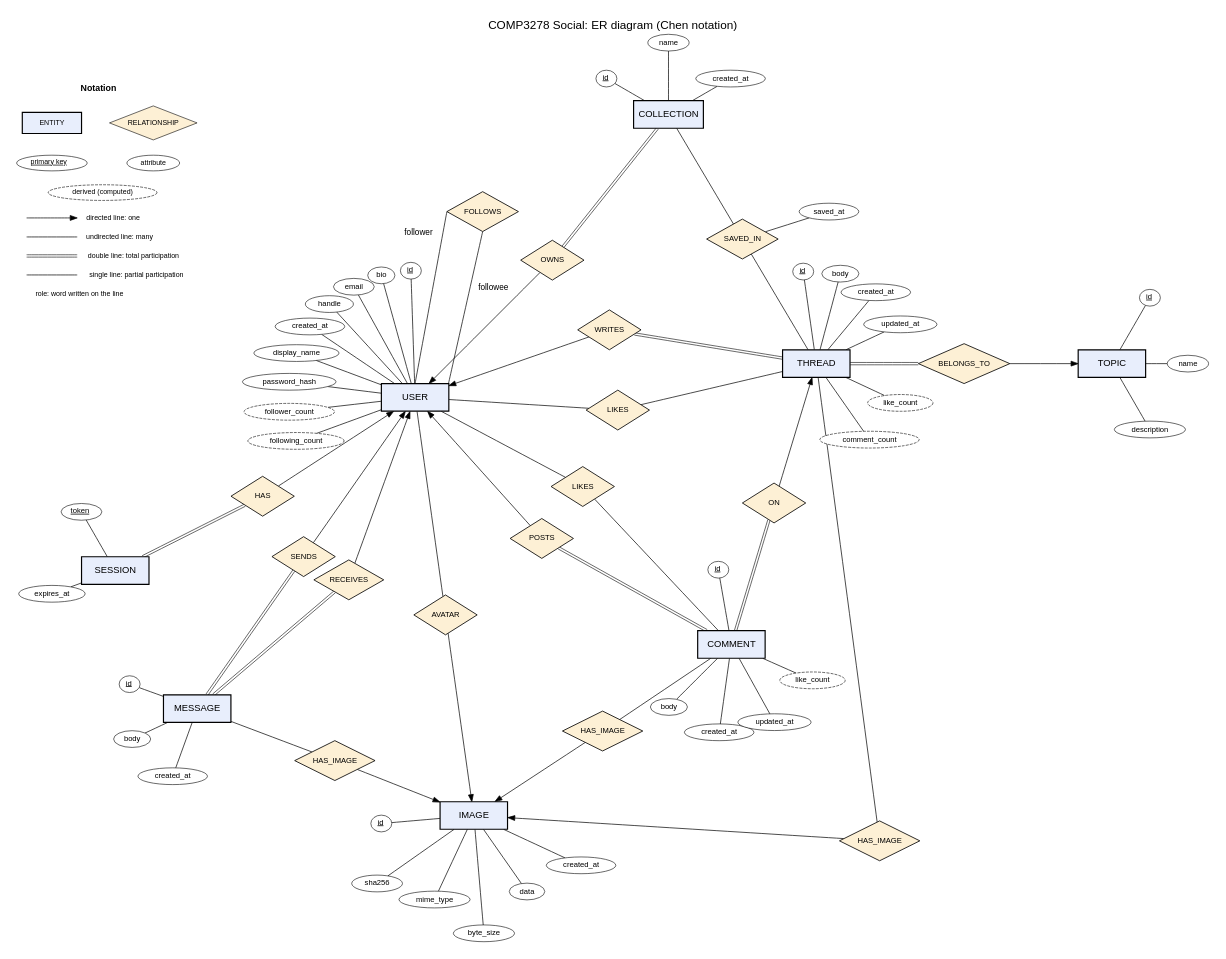
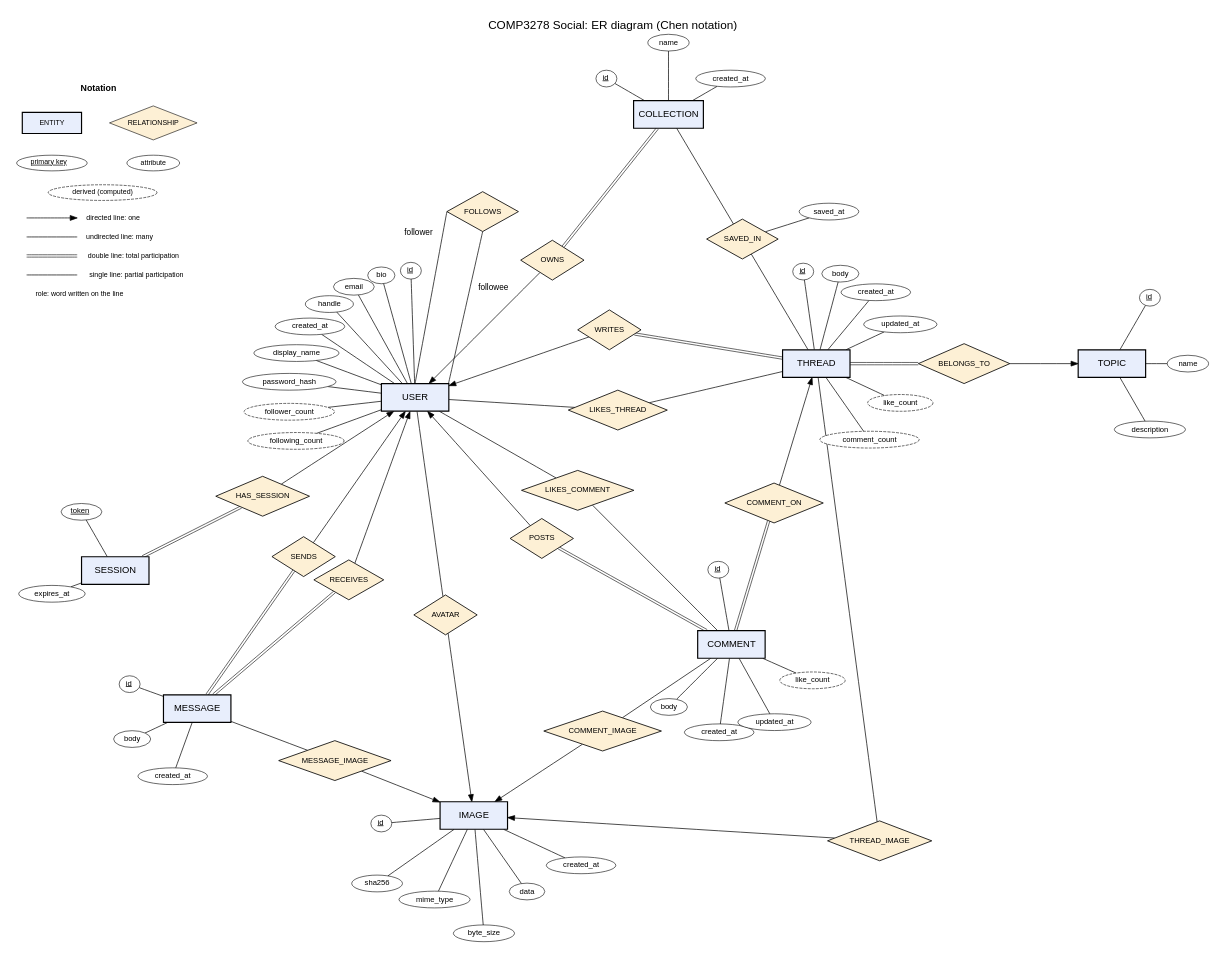
The diagram in docs/er-diagram.dot (invalidcode232/comp3278-project), drawn with Graphviz before and after one commit. The commit also changed 5 other files, not shown here.

```diff
--- a/docs/er-diagram.dot
+++ b/docs/er-diagram.dot
@@ -1,175 +1,175 @@
 // Chen-notation ER diagram for the COMP3278 social app.
 //
 // Render to SVG with Graphviz (neato engine, because every node position is pinned):
 //   dot -Kneato -Tsvg docs/er-diagram.dot -o docs/er-diagram.svg
 // or paste this file into https://dreampuf.github.io/GraphvizOnline and pick engine "neato".
 //
 // Notation
 //   rectangle       entity set
 //   diamond         relationship set
 //   ellipse         attribute: underlined = primary key, dashed = derived (computed by a query, not stored)
 //   arrow           mapping cardinality "one": directed line from the relationship to the entity on the one side
 //   plain line      mapping cardinality "many": undirected line (both sides plain = many-to-many)
 //   double line     total participation: every entity on that side must take part (NOT NULL foreign key)
 //   single line     partial participation
 //   role name       written on the line (follower / followee on the recursive FOLLOWS)
 // Foreign-key columns (author_id, topic_id, ...) are not drawn as attributes: in Chen notation the
 // relationship diamonds represent them. Positions are in inches (pos="x,y!" pins a node).
 
 graph ER {
   graph [layout=neato, splines=true, outputorder=edgesfirst, pad=0.3, bgcolor=white,
          fontname="Helvetica", fontsize=20, labelloc=t,
          label="COMP3278 Social: ER diagram (Chen notation)"];
   node  [fontname="Helvetica"];
   edge  [fontname="Helvetica", fontsize=15, penwidth=1.2];
 
   // ---------------------------------------------------------------- entity sets
   node [shape=box, style="filled", fillcolor="#e8eefc", penwidth=2, width=1.6, height=0.65, fontsize=16];
   USER        [pos="0,0!"];
   SESSION     [pos="-7.1,-4.1!"];
   MESSAGE     [pos="-5.16,-7.37!"];
   IMAGE       [pos="1.39,-9.9!"];
   COMMENT     [pos="7.49,-5.85!"];
   THREAD      [pos="9.5,0.8!"];
   TOPIC       [pos="16.5,0.8!"];
   COLLECTION  [pos="6.0,6.7!"];
 
   // ---------------------------------------------------------------- relationship sets
   node [shape=diamond, style=filled, fillcolor="#fdf0d5", penwidth=1.4, width=1.5, height=0.95, fontsize=13];
-  R_HAS       [label="HAS", pos="-3.61,-2.34!"];
+  R_HAS       [label="HAS_SESSION", pos="-3.61,-2.34!", width=2.0];
   R_FOLLOWS   [label="FOLLOWS", pos="1.6,4.4!", width=1.7];
   R_OWNS      [label="OWNS", pos="3.25,3.25!"];
   R_SAVED     [label="SAVED_IN", pos="7.75,3.75!", width=1.7];
   R_WRITES    [label="WRITES", pos="4.6,1.6!"];
-  R_LIKES_T   [label="LIKES", pos="4.8,-0.3!"];
+  R_LIKES_T   [label="LIKES_THREAD", pos="4.8,-0.3!", width=2.1];
   R_IN        [label="BELONGS_TO", pos="13.0,0.8!", width=1.9];
-  R_ON        [label="ON", pos="8.5,-2.5!"];
-  R_LIKES_C   [label="LIKES", pos="3.97,-2.11!"];
+  R_ON        [label="COMMENT_ON", pos="8.5,-2.5!", width=1.9];
+  R_LIKES_C   [label="LIKES_COMMENT", pos="3.85,-2.2!", width=2.3];
   R_POSTS     [label="POSTS", pos="3.0,-3.34!"];
   R_AVATAR    [label="AVATAR", pos="0.72,-5.15!"];
   R_SENDS     [label="SENDS", pos="-2.64,-3.77!"];
   R_RECEIVES  [label="RECEIVES", pos="-1.57,-4.32!", width=1.6];
-  R_M_IMG     [label="HAS_IMAGE", pos="-1.9,-8.6!", width=1.8];
-  R_C_IMG     [label="HAS_IMAGE", pos="4.44,-7.9!", width=1.8];
-  R_T_IMG     [label="HAS_IMAGE", pos="11.0,-10.5!", width=1.8];
+  R_M_IMG     [label="MESSAGE_IMAGE", pos="-1.9,-8.6!", width=2.3];
+  R_C_IMG     [label="COMMENT_IMAGE", pos="4.44,-7.9!", width=2.3];
+  R_T_IMG     [label="THREAD_IMAGE", pos="11.0,-10.5!", width=2.2];
 
   // ---------------------------------------------------------------- attributes
   node [shape=ellipse, style=filled, fillcolor=white, penwidth=1, width=0, height=0, margin="0.09,0.04", fontsize=13];
   // USER
   u_id         [label=<<u>id</u>>, pos="-0.1,3.0!"];
   u_bio        [label="bio", pos="-0.8,2.89!"];
   u_email      [label="email", pos="-1.45,2.62!"];
   u_handle     [label="handle", pos="-2.03,2.21!"];
   u_created    [label="created_at", pos="-2.49,1.68!"];
   u_name       [label="display_name", pos="-2.81,1.05!"];
   u_pw         [label="password_hash", pos="-2.98,0.37!"];
   u_followers  [label="follower_count", style="filled,dashed", pos="-2.98,-0.34!"];
   u_following  [label="following_count", style="filled,dashed", pos="-2.82,-1.03!"];
   USER -- {u_id u_bio u_email u_handle u_created u_name u_pw u_followers u_following};
   // SESSION
   s_token      [label=<<u>token</u>>, pos="-7.9,-2.71!"];
   s_expires    [label="expires_at", pos="-8.6,-4.65!"];
   SESSION -- {s_token s_expires};
   // MESSAGE
   m_id         [label=<<u>id</u>>, pos="-6.76,-6.79!"];
   m_body       [label="body", pos="-6.7,-8.09!"];
   m_created    [label="created_at", pos="-5.74,-8.97!"];
   MESSAGE -- {m_id m_body m_created};
   // IMAGE
   i_id         [label=<<u>id</u>>, pos="-0.8,-10.09!"];
   i_sha        [label="sha256", pos="-0.9,-11.51!"];
   i_mime       [label="mime_type", pos="0.46,-11.89!"];
   i_size       [label="byte_size", pos="1.63,-12.69!"];
   i_data       [label="data", pos="2.65,-11.7!"];
   i_created    [label="created_at", pos="3.93,-11.08!"];
   IMAGE -- {i_id i_sha i_mime i_size i_data i_created};
   // COMMENT
   cm_id        [label=<<u>id</u>>, pos="7.18,-4.08!"];
   cm_body      [label="body", pos="6.01,-7.33!"];
   cm_created   [label="created_at", pos="7.2,-7.93!"];
   cm_updated   [label="updated_at", pos="8.51,-7.69!"];
   cm_likes     [label="like_count", style="filled,dashed", pos="9.41,-6.7!"];
   COMMENT -- {cm_id cm_body cm_created cm_updated cm_likes};
   // THREAD
   t_id         [label=<<u>id</u>>, pos="9.19,2.98!"];
   t_body       [label="body", pos="10.07,2.93!"];
   t_created    [label="created_at", pos="10.91,2.49!"];
   t_updated    [label="updated_at", pos="11.49,1.73!"];
   t_likes      [label="like_count", style="filled,dashed", pos="11.49,-0.13!"];
   t_comments   [label="comment_count", style="filled,dashed", pos="10.76,-1.0!"];
   THREAD -- {t_id t_body t_created t_updated t_likes t_comments};
   // TOPIC
   tp_id        [label=<<u>id</u>>, pos="17.4,2.36!"];
   tp_name      [label="name", pos="18.3,0.8!"];
   tp_desc      [label="description", pos="17.4,-0.76!"];
   TOPIC -- {tp_id tp_name tp_desc};
   // COLLECTION
   c_id         [label=<<u>id</u>>, pos="4.53,7.55!"];
   c_name       [label="name", pos="6.0,8.4!"];
   c_created    [label="created_at", pos="7.47,7.55!"];
   COLLECTION -- {c_id c_name c_created};
   ct_saved     [label="saved_at", pos="9.8,4.4!"];   // attribute of the relationship itself
   R_SAVED -- ct_saved;
 
   // ---------------------------------------------------------------- entity -- relationship lines
   R_HAS          -- USER           [dir=forward, arrowhead=normal, arrowsize=1.2];   // one
   SESSION        -- R_HAS          [dir=none, color="black:invis:black", penwidth=1];   // many
   USER:n         -- R_FOLLOWS:w    [dir=none];   // many
   USER:ne        -- R_FOLLOWS:s    [dir=none];   // many
   R_OWNS         -- USER           [dir=forward, arrowhead=normal, arrowsize=1.2];   // one
   COLLECTION     -- R_OWNS         [dir=none, color="black:invis:black", penwidth=1];   // many
   COLLECTION     -- R_SAVED        [dir=none];   // many
   THREAD         -- R_SAVED        [dir=none];   // many
   R_WRITES       -- USER           [dir=forward, arrowhead=normal, arrowsize=1.2];   // one
   THREAD         -- R_WRITES       [dir=none, color="black:invis:black", penwidth=1];   // many
   USER           -- R_LIKES_T      [dir=none];   // many
   THREAD         -- R_LIKES_T      [dir=none];   // many
   R_IN           -- TOPIC          [dir=forward, arrowhead=normal, arrowsize=1.2];   // one
   THREAD         -- R_IN           [dir=none, color="black:invis:black", penwidth=1];   // many
   R_ON           -- THREAD         [dir=forward, arrowhead=normal, arrowsize=1.2];   // one
   COMMENT        -- R_ON           [dir=none, color="black:invis:black", penwidth=1];   // many
   R_POSTS        -- USER           [dir=forward, arrowhead=normal, arrowsize=1.2];   // one
   COMMENT        -- R_POSTS        [dir=none, color="black:invis:black", penwidth=1];   // many
   USER           -- R_LIKES_C      [dir=none];   // many
   COMMENT        -- R_LIKES_C      [dir=none];   // many
   R_AVATAR       -- IMAGE          [dir=forward, arrowhead=normal, arrowsize=1.2];   // one
   USER           -- R_AVATAR       [dir=none];   // many
   R_SENDS        -- USER           [dir=forward, arrowhead=normal, arrowsize=1.2];   // one
   MESSAGE        -- R_SENDS        [dir=none, color="black:invis:black", penwidth=1];   // many
   R_RECEIVES     -- USER           [dir=forward, arrowhead=normal, arrowsize=1.2];   // one
   MESSAGE        -- R_RECEIVES     [dir=none, color="black:invis:black", penwidth=1];   // many
   R_M_IMG        -- IMAGE          [dir=forward, arrowhead=normal, arrowsize=1.2];   // one
   MESSAGE        -- R_M_IMG        [dir=none];   // many
   R_C_IMG        -- IMAGE          [dir=forward, arrowhead=normal, arrowsize=1.2];   // one
   COMMENT        -- R_C_IMG        [dir=none];   // many
   R_T_IMG        -- IMAGE          [dir=forward, arrowhead=normal, arrowsize=1.2];   // one
   THREAD         -- R_T_IMG        [dir=none];   // many
 
   // FOLLOWS is recursive (USER to USER): one line per role, with the role name written on the line.
   role_follower [shape=plaintext, style="", fontsize=14, label="follower", pos="0.08,3.9!"];
   role_followee [shape=plaintext, style="", fontsize=14, label="followee", pos="1.85,2.6!"];
 
   // ---------------------------------------------------------------- legend
   node [fontsize=12];
   lg_title [shape=plaintext, style="", label=<<b>Notation</b>>, pos="-7.4,7.3!", fontsize=15];
   lg_e  [shape=box, style=filled, fillcolor="#e8eefc", penwidth=2, label="ENTITY", width=1.4, height=0.5, pos="-8.6,6.5!"];
   lg_r  [shape=diamond, style=filled, fillcolor="#fdf0d5", label="RELATIONSHIP", width=1.9, height=0.8, pos="-6.2,6.5!"];
   lg_k  [shape=ellipse, style=filled, fillcolor=white, label=<<u>primary key</u>>, pos="-8.6,5.55!"];
   lg_a  [shape=ellipse, style=filled, fillcolor=white, label="attribute", pos="-6.2,5.55!"];
   lg_d  [shape=ellipse, style="filled,dashed", fillcolor=white, label="derived (computed)", pos="-7.4,4.85!"];
   node [shape=plaintext, style="", fontsize=12];
   lg_o1 [shape=point, width=0.01, pos="-9.2,4.25!"]; lg_o2 [shape=point, width=0.01, pos="-8.0,4.25!"];
   lg_o  [label="directed line: one", pos="-7.15,4.25!"];
   lg_m1 [shape=point, width=0.01, pos="-9.2,3.8!"];  lg_m2 [shape=point, width=0.01, pos="-8.0,3.8!"];
   lg_m  [label="undirected line: many", pos="-7.0,3.8!"];
   lg_t1 [shape=point, width=0.01, pos="-9.2,3.35!"]; lg_t2 [shape=point, width=0.01, pos="-8.0,3.35!"];
   lg_t  [label="double line: total participation", pos="-6.67,3.35!"];
   lg_p1 [shape=point, width=0.01, pos="-9.2,2.9!"];  lg_p2 [shape=point, width=0.01, pos="-8.0,2.9!"];
   lg_p  [label="single line: partial participation", pos="-6.6,2.9!"];
   lg_ro [label="role: word written on the line", pos="-7.95,2.45!"];
   lg_o1 -- lg_o2 [dir=forward, arrowhead=normal, arrowsize=1.2];
   lg_m1 -- lg_m2 [dir=none];
   lg_t1 -- lg_t2 [dir=none, color="black:invis:black", penwidth=1];
   lg_p1 -- lg_p2 [dir=none];
 
 }
```
